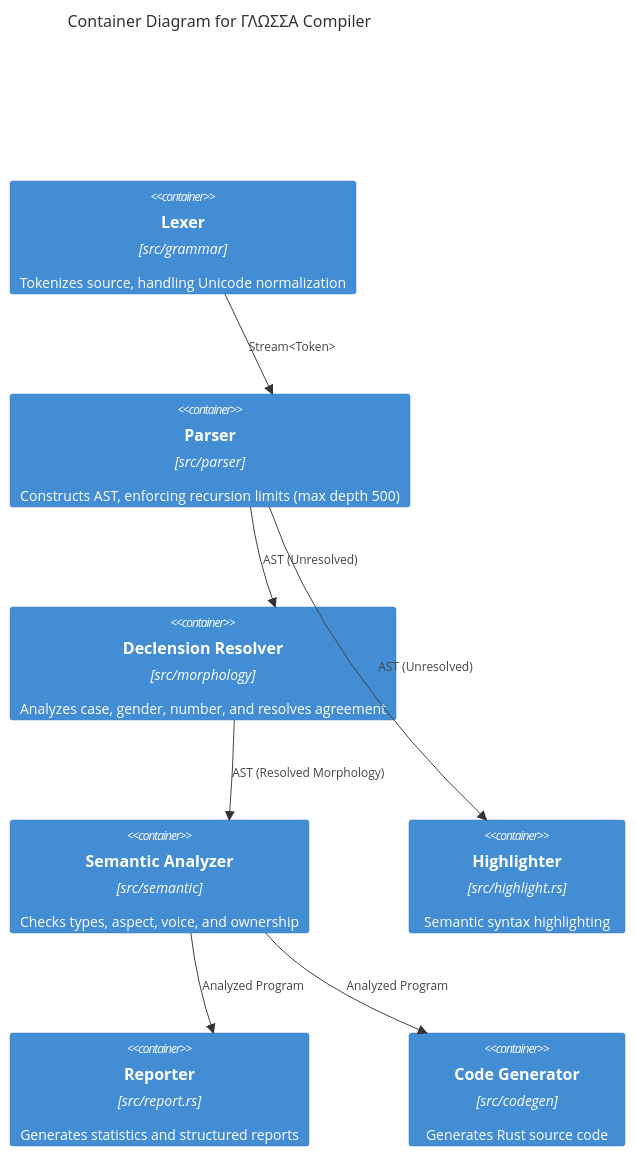
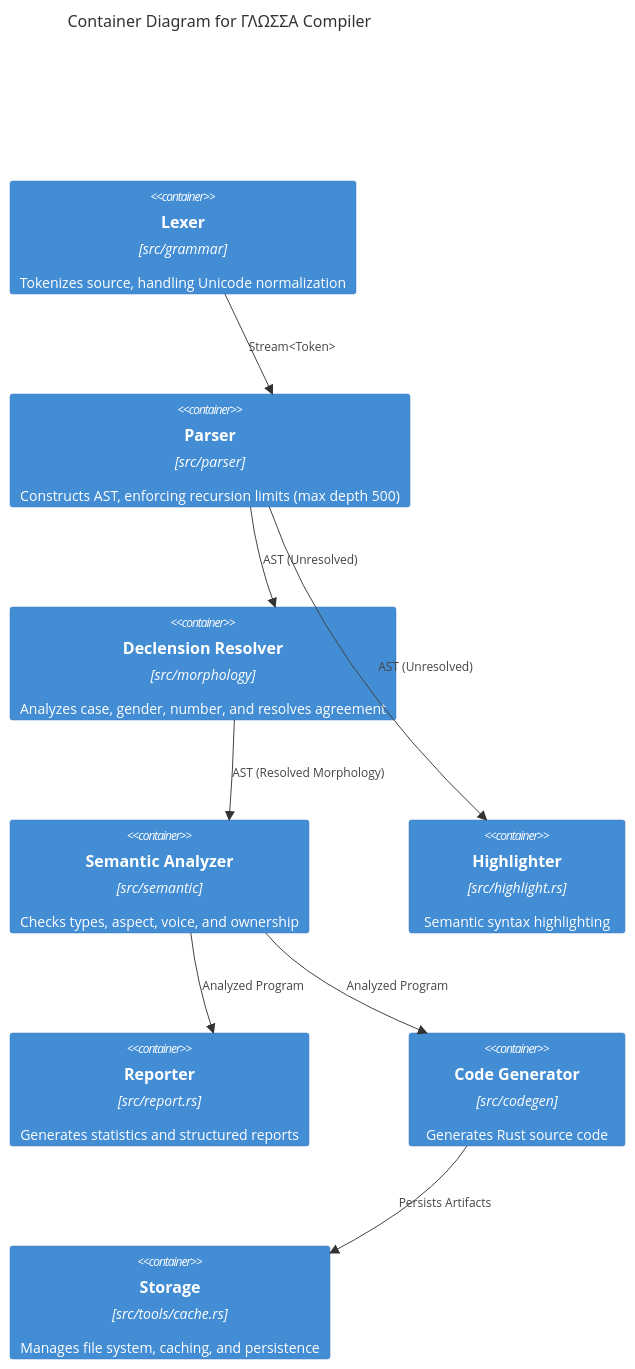
Before and after one commit to madmax983/glossa: the second of 5 diagrams in docs/architecture.md, drawn with Mermaid. The commit also changed other lines of this file and 1 other file, not shown here.

First line of the commit message:
docs: add ADR 010 and update architecture diagrams

````diff
--- a/docs/architecture.md
+++ b/docs/architecture.md
@@ -26,19 +26,21 @@
 ```mermaid
 C4Container
     title Container Diagram for ΓΛΩΣΣΑ Compiler
 
     Container(lexer, "Lexer", "src/grammar", "Tokenizes source, handling Unicode normalization")
     Container(parser, "Parser", "src/parser", "Constructs AST, enforcing recursion limits (max depth 500)")
     Container(morphology, "Declension Resolver", "src/morphology", "Analyzes case, gender, number, and resolves agreement")
     Container(semantic, "Semantic Analyzer", "src/semantic", "Checks types, aspect, voice, and ownership")
     Container(highlight, "Highlighter", "src/highlight.rs", "Semantic syntax highlighting")
     Container(report, "Reporter", "src/report.rs", "Generates statistics and structured reports")
     Container(codegen, "Code Generator", "src/codegen", "Generates Rust source code")
+    Container(storage, "Storage", "src/tools/cache.rs", "Manages file system, caching, and persistence")
 
     Rel(lexer, parser, "Stream<Token>")
     Rel(parser, morphology, "AST (Unresolved)")
     Rel(parser, highlight, "AST (Unresolved)")
     Rel(morphology, semantic, "AST (Resolved Morphology)")
     Rel(semantic, report, "Analyzed Program")
     Rel(semantic, codegen, "Analyzed Program")
+    Rel(codegen, storage, "Persists Artifacts")
 ```
````
